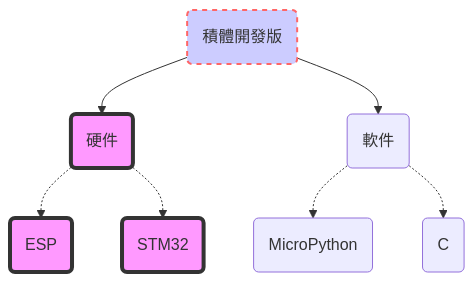
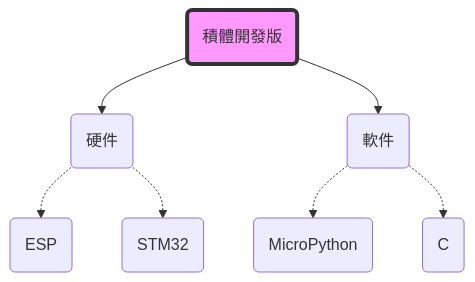
One commit to hkdickyko/hkdickyko.github.io changed the diagram in _posts/2021-09-30-jekyll.md. Above: the diagram before and after it, drawn with Mermaid. The commit also changed other lines of this file, not shown here.

```diff
--- a/_posts/2021-09-30-jekyll.md
+++ b/_posts/2021-09-30-jekyll.md
@@ -102,19 +102,17 @@
 <div class="mermaid">
 graph TD;
     A("積體開發版");
     B("硬件");
     C("ESP");
     D("STM32");
     E("軟件");
     F("MicroPython");
     G("C");
     A-->B;
     B-.->C;
     B-.->D;
     A-->E;
     E-.->F;
     E-.->G;
-    classDef className fill:#f9f,stroke:#333,stroke-width:4px;
-    class B,C,D className;
-    style A fill:#ccf,stroke:#f66,stroke-width:2px,stroke-dasharray: 5, 5
+style A fill:#f9f,stroke:#333,stroke-width:4px;
 </div>
```
